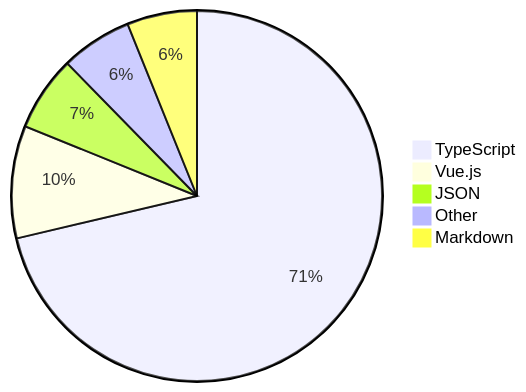
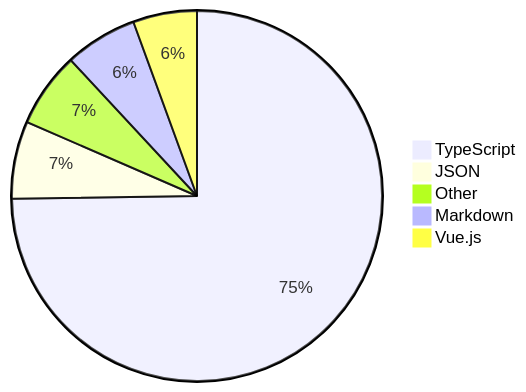
The diagram in README.md (skvggor/skvggor), drawn with Mermaid before and after one commit.

Commit message:
Updated waka-readme graph with new metrics

````diff
--- a/README.md
+++ b/README.md
@@ -39,8 +39,8 @@
 ```mermaid
 pie
-    "TypeScript" : 65.4
-    "Vue.js" : 9.0
-    "JSON" : 6.0
-    "Other" : 5.7
-    "Markdown" : 5.6
+    "TypeScript" : 68.4
+    "JSON" : 6.2
+    "Other" : 6.0
+    "Markdown" : 5.8
+    "Vue.js" : 5.1
 ```
````
